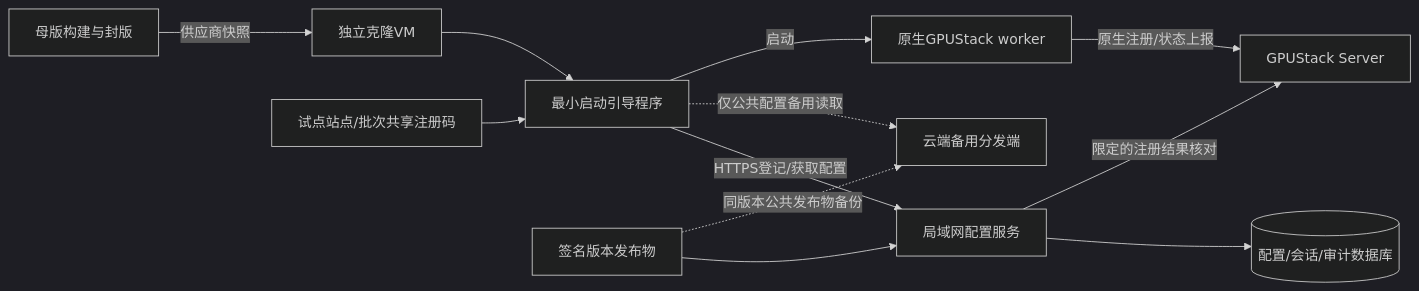
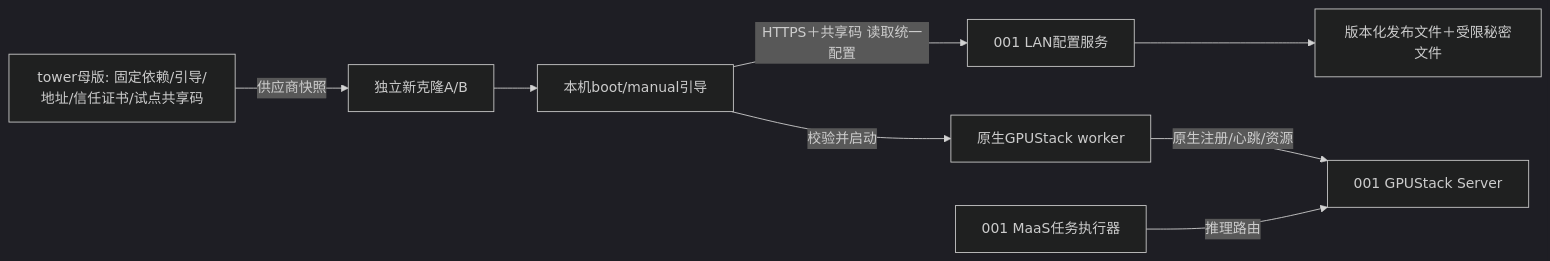
Before and after one commit to WTaoGitHub/cybercafe-maas: the diagram in docs/framework/E5-DESIGN.md, drawn with Mermaid (dark theme). The commit also changed other lines of this file and 8 other files, not shown here.

````diff
--- a/docs/framework/E5-DESIGN.md
+++ b/docs/framework/E5-DESIGN.md
@@ -29,14 +18,10 @@
 ```mermaid
 flowchart LR
-  T[母版构建与封版] -->|供应商快照| V[独立克隆VM]
-  P[试点站点/批次共享注册码] --> B[最小启动引导程序]
-  V --> B
-  B -->|HTTPS登记/获取配置| C[局域网配置服务]
-  C --> D[(配置/会话/审计数据库)]
-  R[签名版本发布物] --> C
-  R -.同版本公共发布物备份.-> F[云端备用分发端]
-  B -.仅公共配置备用读取.-> F
-  B -->|启动| W[原生GPUStack worker]
-  W -->|原生注册/状态上报| G[GPUStack Server]
-  C -->|限定的注册结果核对| G
+  T[tower母版: 固定依赖/引导/地址/信任证书/试点共享码] -->|供应商快照| V[独立新克隆A/B]
+  V --> B[本机boot/manual引导]
+  B -->|HTTPS＋共享码 读取统一配置| C[001 LAN配置服务]
+  C --> R[版本化发布文件＋受限秘密文件]
+  B -->|校验并启动| W[原生GPUStack worker]
+  W -->|原生注册/心跳/资源| G[001 GPUStack Server]
+  M[001 MaaS任务执行器] -->|推理路由| G
 ```
````
